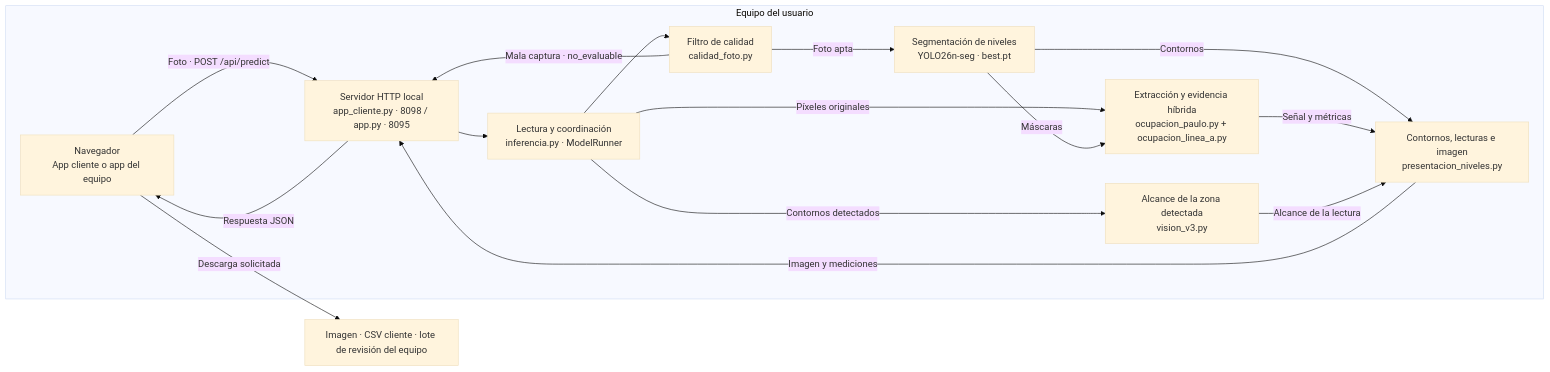
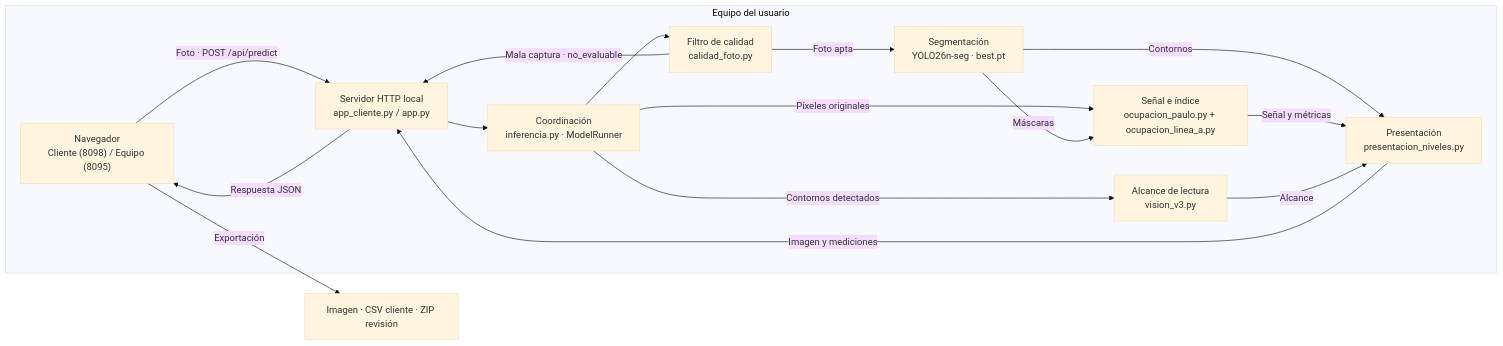
Before and after one commit to vcanio/Capstone2026: the second of 2 diagrams in README.md, drawn with Mermaid (base theme). The commit also changed other lines of this file, not shown here.

Commit message:
Simplificar README principal y unificar con copia local

````diff
--- a/README.md
+++ b/README.md
@@ -236,27 +179,27 @@
 ```mermaid
 flowchart LR
     subgraph Equipo["Equipo del usuario"]
-        UI["Navegador<br/>App cliente o app del equipo"]
-        API["Servidor HTTP local<br/>app_cliente.py · 8098 / app.py · 8095"]
-        RUN["Lectura y coordinación<br/>inferencia.py · ModelRunner"]
+        UI["Navegador<br/>Cliente (8098) / Equipo (8095)"]
+        API["Servidor HTTP local<br/>app_cliente.py / app.py"]
+        RUN["Coordinación<br/>inferencia.py · ModelRunner"]
         QUAL["Filtro de calidad<br/>calidad_foto.py"]
-        MODEL["Segmentación de niveles<br/>YOLO26n-seg · best.pt"]
-        SIGNAL["Extracción y evidencia híbrida<br/>ocupacion_paulo.py + ocupacion_linea_a.py"]
-        SCOPE["Alcance de la zona detectada<br/>vision_v3.py"]
-        VIEW["Contornos, lecturas e imagen<br/>presentacion_niveles.py"]
+        MODEL["Segmentación<br/>YOLO26n-seg · best.pt"]
+        SIGNAL["Señal e índice<br/>ocupacion_paulo.py + ocupacion_linea_a.py"]
+        SCOPE["Alcance de lectura<br/>vision_v3.py"]
+        VIEW["Presentación<br/>presentacion_niveles.py"]
         UI -->|"Foto · POST /api/predict"| API
         API --> RUN
         RUN --> QUAL
         QUAL -->|"Mala captura · no_evaluable"| API
         QUAL -->|"Foto apta"| MODEL
         RUN -->|"Píxeles originales"| SIGNAL
         MODEL -->|"Máscaras"| SIGNAL
         MODEL -->|"Contornos"| VIEW
         RUN -->|"Contornos detectados"| SCOPE
         SIGNAL -->|"Señal y métricas"| VIEW
-        SCOPE -->|"Alcance de la lectura"| VIEW
+        SCOPE -->|"Alcance"| VIEW
         VIEW -->|"Imagen y mediciones"| API
         API -->|"Respuesta JSON"| UI
     end
-    UI -->|"Descarga solicitada"| OUTPUT["Imagen · CSV cliente · lote de revisión del equipo"]
+    UI -->|"Exportación"| OUTPUT["Imagen · CSV cliente · ZIP revisión"]
 ```
````
